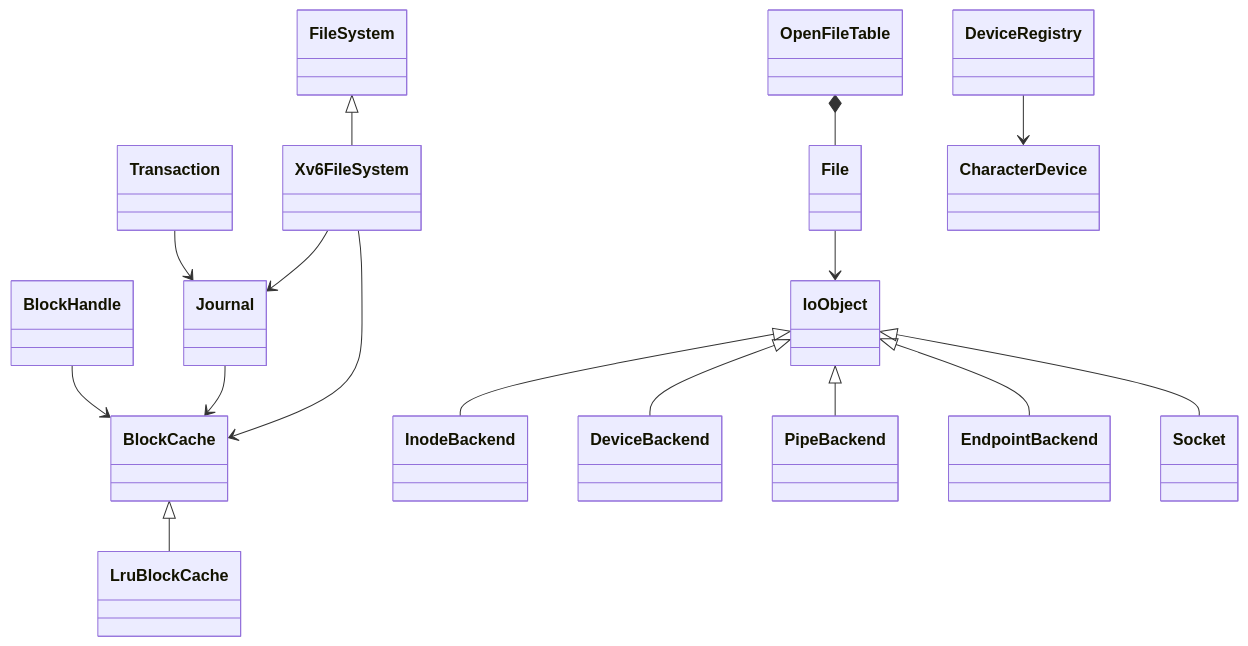
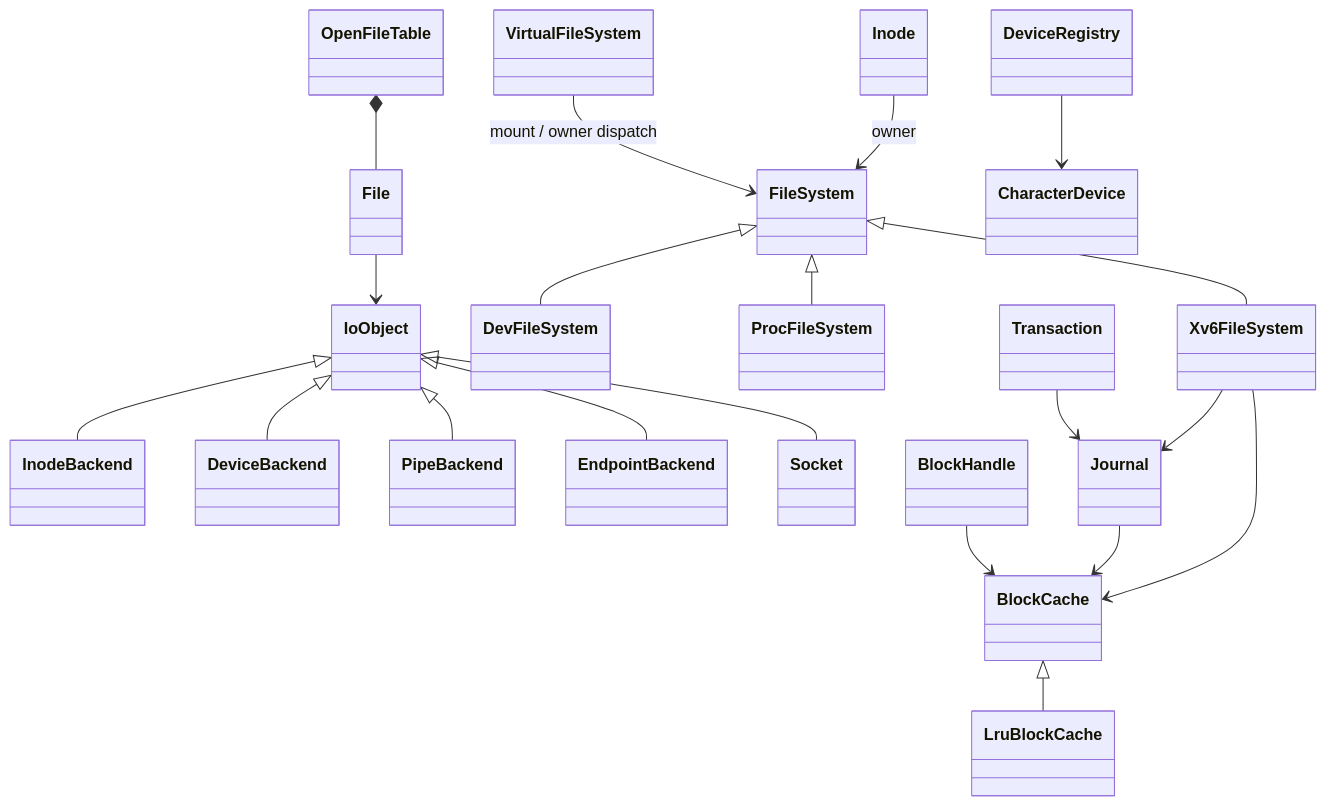
Before and after one commit to barrenham/xv6-cpp: the diagram in kernel/fs/README.md, drawn with Mermaid. The commit also changed other lines of this file and 110 other files, not shown here.

````diff
--- a/kernel/fs/README.md
+++ b/kernel/fs/README.md
@@ -20,18 +23,22 @@
 ```mermaid
 classDiagram
   BlockCache <|-- LruBlockCache
   FileSystem <|-- Xv6FileSystem
+  VirtualFileSystem --> FileSystem : mount / owner dispatch
+  FileSystem <|-- DevFileSystem
+  FileSystem <|-- ProcFileSystem
+  Inode --> FileSystem : owner
   File --> IoObject
   IoObject <|-- InodeBackend
   IoObject <|-- DeviceBackend
   IoObject <|-- PipeBackend
   IoObject <|-- EndpointBackend
   IoObject <|-- Socket
   BlockHandle --> BlockCache
   Transaction --> Journal
   Journal --> BlockCache
   Xv6FileSystem --> Journal
   Xv6FileSystem --> BlockCache
   OpenFileTable *-- File
   DeviceRegistry --> CharacterDevice
 ```
````
